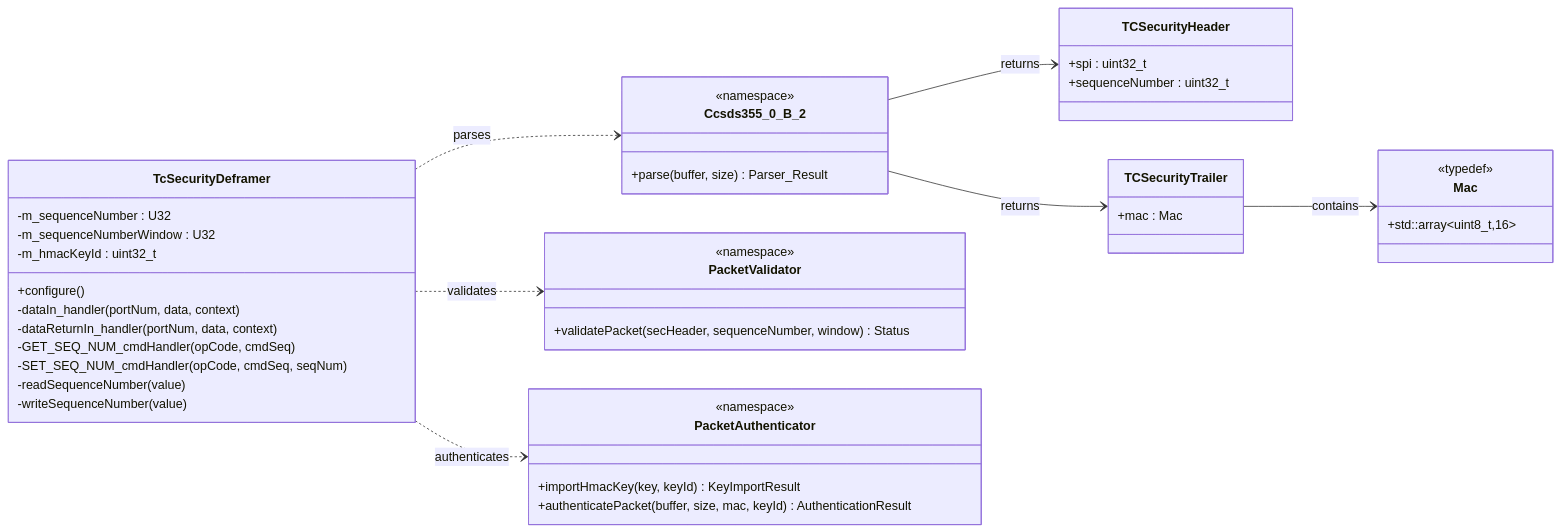
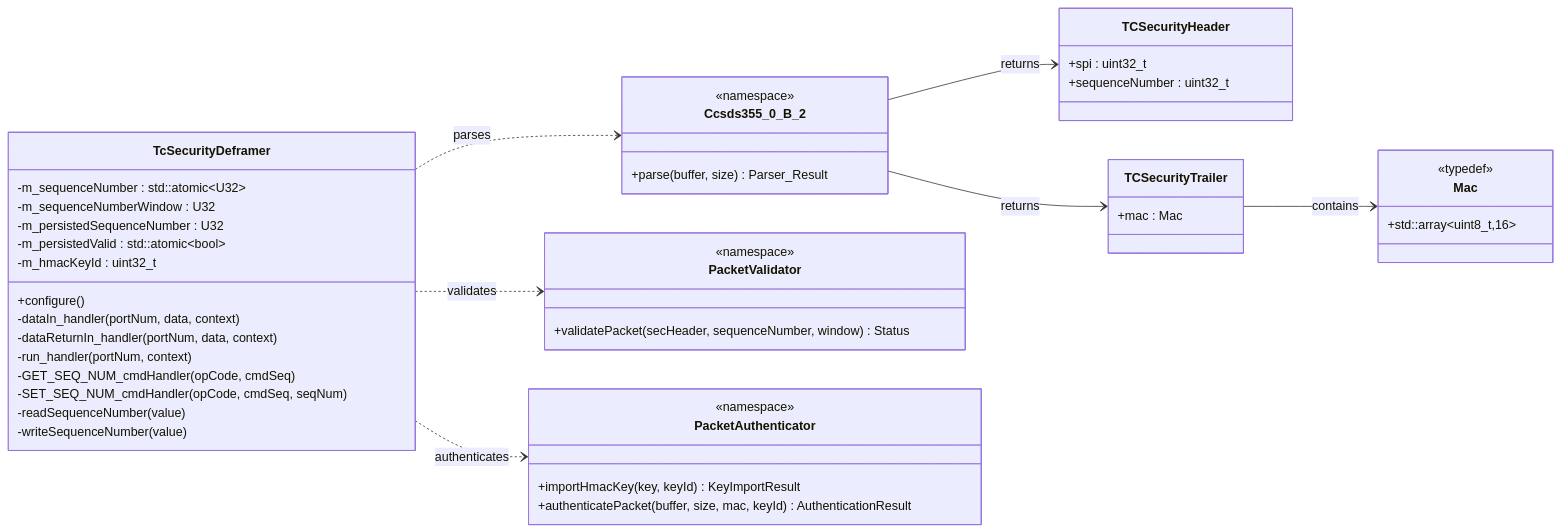
The diagram in PROVESFlightControllerReference/Components/TcSecurityDeframer/docs/sdd.md (Open-Source-Space-Foundation/proves-core-reference), drawn with Mermaid before and after one commit. The commit also changed other lines of this file and 7 other files, not shown here.

First line of the commit message:
TcSecurityDeframer: persist sequence number on 1 Hz rate group, not per frame

````diff
--- a/PROVESFlightControllerReference/Components/TcSecurityDeframer/docs/sdd.md
+++ b/PROVESFlightControllerReference/Components/TcSecurityDeframer/docs/sdd.md
@@ -26,54 +27,57 @@
 ```mermaid
 classDiagram
 direction LR
 
 class TcSecurityDeframer {
   +configure()
   -dataIn_handler(portNum, data, context)
   -dataReturnIn_handler(portNum, data, context)
+  -run_handler(portNum, context)
   -GET_SEQ_NUM_cmdHandler(opCode, cmdSeq)
   -SET_SEQ_NUM_cmdHandler(opCode, cmdSeq, seqNum)
   -readSequenceNumber(value)
   -writeSequenceNumber(value)
-  -m_sequenceNumber : U32
+  -m_sequenceNumber : std::atomic~U32~
   -m_sequenceNumberWindow : U32
+  -m_persistedSequenceNumber : U32
+  -m_persistedValid : std::atomic~bool~
   -m_hmacKeyId : uint32_t
 }
 
 class Ccsds355_0_B_2 {
   <<namespace>>
   +parse(buffer, size) Parser_Result
 }
 
 class PacketValidator {
   <<namespace>>
   +validatePacket(secHeader, sequenceNumber, window) Status
 }
 
 class PacketAuthenticator {
   <<namespace>>
   +importHmacKey(key, keyId) KeyImportResult
   +authenticatePacket(buffer, size, mac, keyId) AuthenticationResult
 }
 
 class TCSecurityHeader {
   +spi : uint32_t
   +sequenceNumber : uint32_t
 }
 
 class TCSecurityTrailer {
   +mac : Mac
 }
 
 class Mac {
   <<typedef>>
   +std::array~uint8_t,16~
 }
 
 TcSecurityDeframer ..> Ccsds355_0_B_2 : parses
 TcSecurityDeframer ..> PacketValidator : validates
 TcSecurityDeframer ..> PacketAuthenticator : authenticates
 Ccsds355_0_B_2 --> TCSecurityHeader : returns
 Ccsds355_0_B_2 --> TCSecurityTrailer : returns
 TCSecurityTrailer --> Mac : contains
 ```
````
